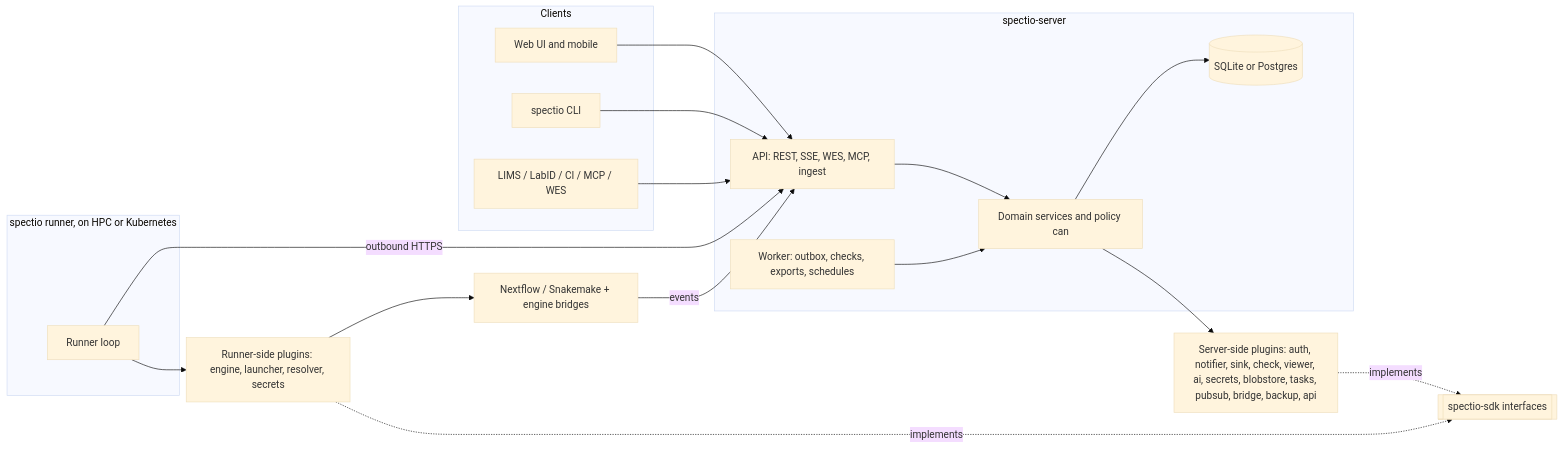
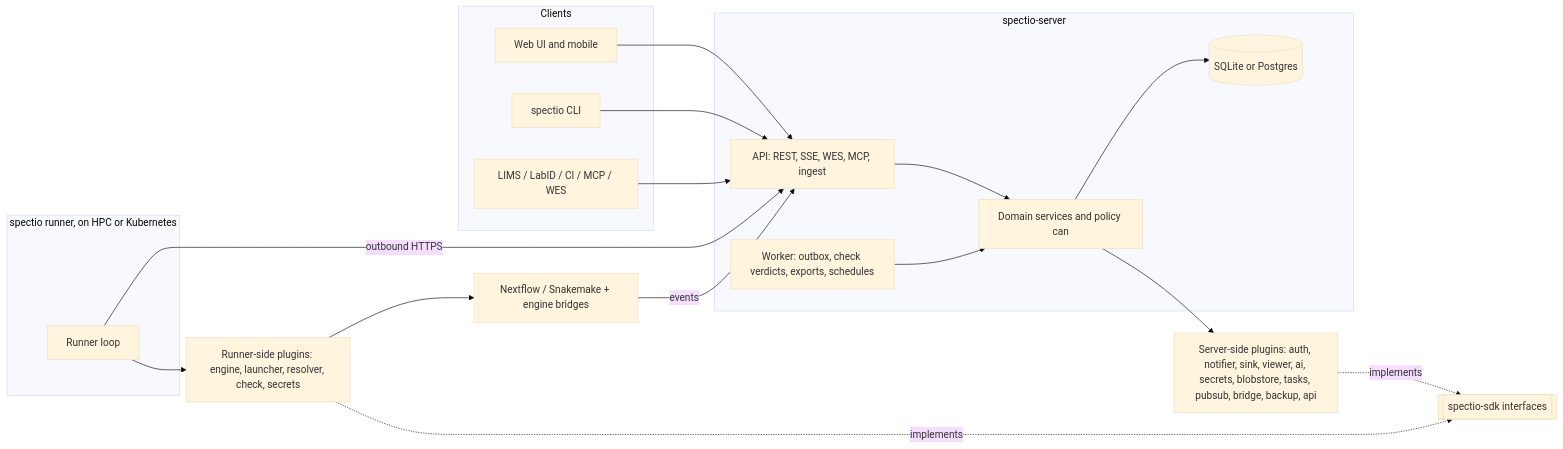
One commit to spectio-org/spectio changed the diagram in docs/specs/architecture-plugins-and-packaging.md. Above: the diagram before and after it, drawn with Mermaid (base theme). The commit also changed other lines of this file and 28 other files, not shown here.

````diff
--- a/docs/specs/architecture-plugins-and-packaging.md
+++ b/docs/specs/architecture-plugins-and-packaging.md
@@ -259,34 +289,34 @@
 ```mermaid
 flowchart LR
   subgraph Clients
     UI[Web UI and mobile]
     CLI[spectio CLI]
     EXT[LIMS / LabID / CI / MCP / WES]
   end
   subgraph Server[spectio-server]
     API[API: REST, SSE, WES, MCP, ingest]
     CORE[Domain services and policy can]
-    WK[Worker: outbox, checks, exports, schedules]
+    WK[Worker: outbox, check verdicts, exports, schedules]
     DB[(SQLite or Postgres)]
   end
   subgraph Runner[spectio runner, on HPC or Kubernetes]
     RL[Runner loop]
   end
   SDK[[spectio-sdk interfaces]]
-  SP[Server-side plugins: auth, notifier, sink, check, viewer, ai, secrets, blobstore, tasks, pubsub, bridge, backup, api]
-  RP[Runner-side plugins: engine, launcher, resolver, secrets]
+  SP[Server-side plugins: auth, notifier, sink, viewer, ai, secrets, blobstore, tasks, pubsub, bridge, backup, api]
+  RP[Runner-side plugins: engine, launcher, resolver, check, secrets]
   ENG[Nextflow / Snakemake + engine bridges]
   UI --> API
   CLI --> API
   EXT --> API
   API --> CORE
   WK --> CORE
   CORE --> DB
   CORE --> SP
   RL -- outbound HTTPS --> API
   RL --> RP
   RP --> ENG
   ENG -- events --> API
   SP -. implements .-> SDK
   RP -. implements .-> SDK
 ```
````
